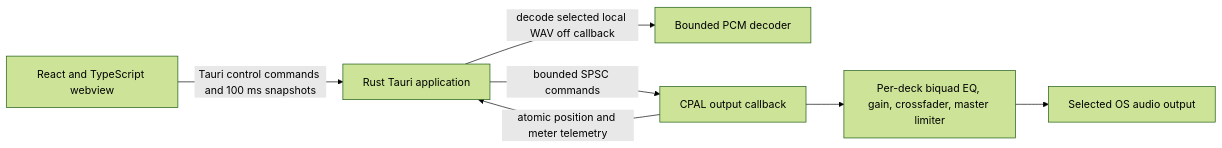
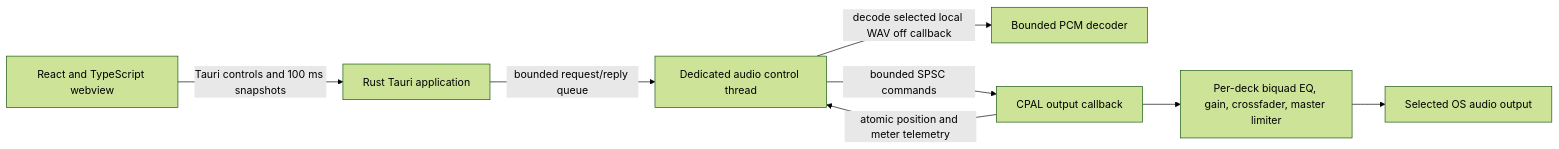
The diagram in docs/ARCHITECTURE.md (Joshanihub/SAYT), drawn with Mermaid (forest theme) before and after one commit. The commit also changed other lines of this file and 4 other files, not shown here.

````diff
--- a/docs/ARCHITECTURE.md
+++ b/docs/ARCHITECTURE.md
@@ -10,9 +10,10 @@
 ```mermaid
 flowchart LR
-  UI[React and TypeScript webview] -->|Tauri control commands and 100 ms snapshots| APP[Rust Tauri application]
-  APP -->|decode selected local WAV off callback| DEC[Bounded PCM decoder]
-  APP -->|bounded SPSC commands| RT[CPAL output callback]
-  RT -->|atomic position and meter telemetry| APP
+  UI[React and TypeScript webview] -->|Tauri controls and 100 ms snapshots| APP[Rust Tauri application]
+  APP -->|bounded request/reply queue| ACTOR[Dedicated audio control thread]
+  ACTOR -->|decode selected local WAV off callback| DEC[Bounded PCM decoder]
+  ACTOR -->|bounded SPSC commands| RT[CPAL output callback]
+  RT -->|atomic position and meter telemetry| ACTOR
   RT --> DSP[Per-deck biquad EQ, gain, crossfader, master limiter]
   DSP --> DEVICE[Selected OS audio output]
 ```
````
